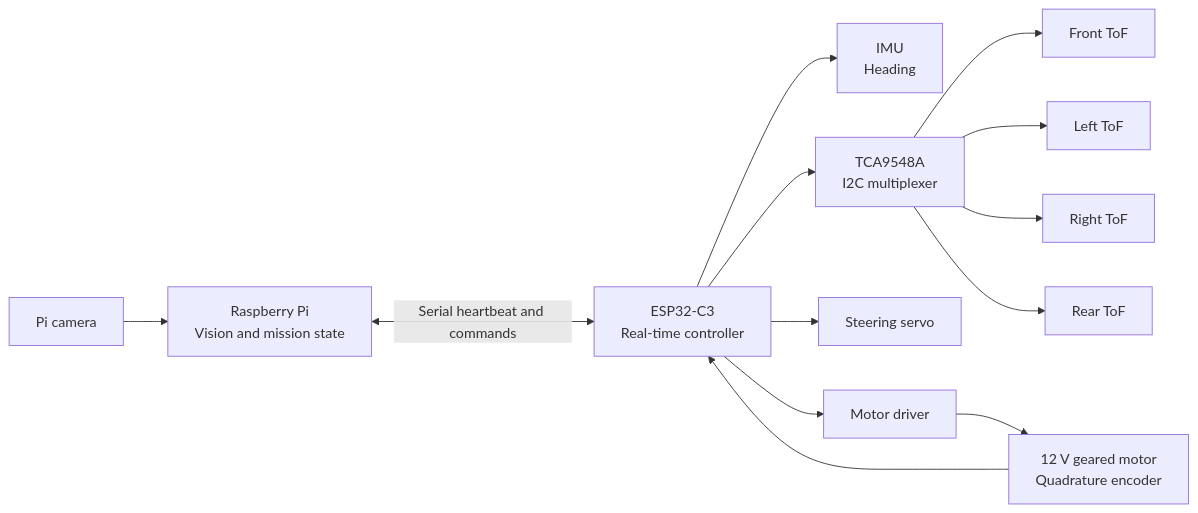
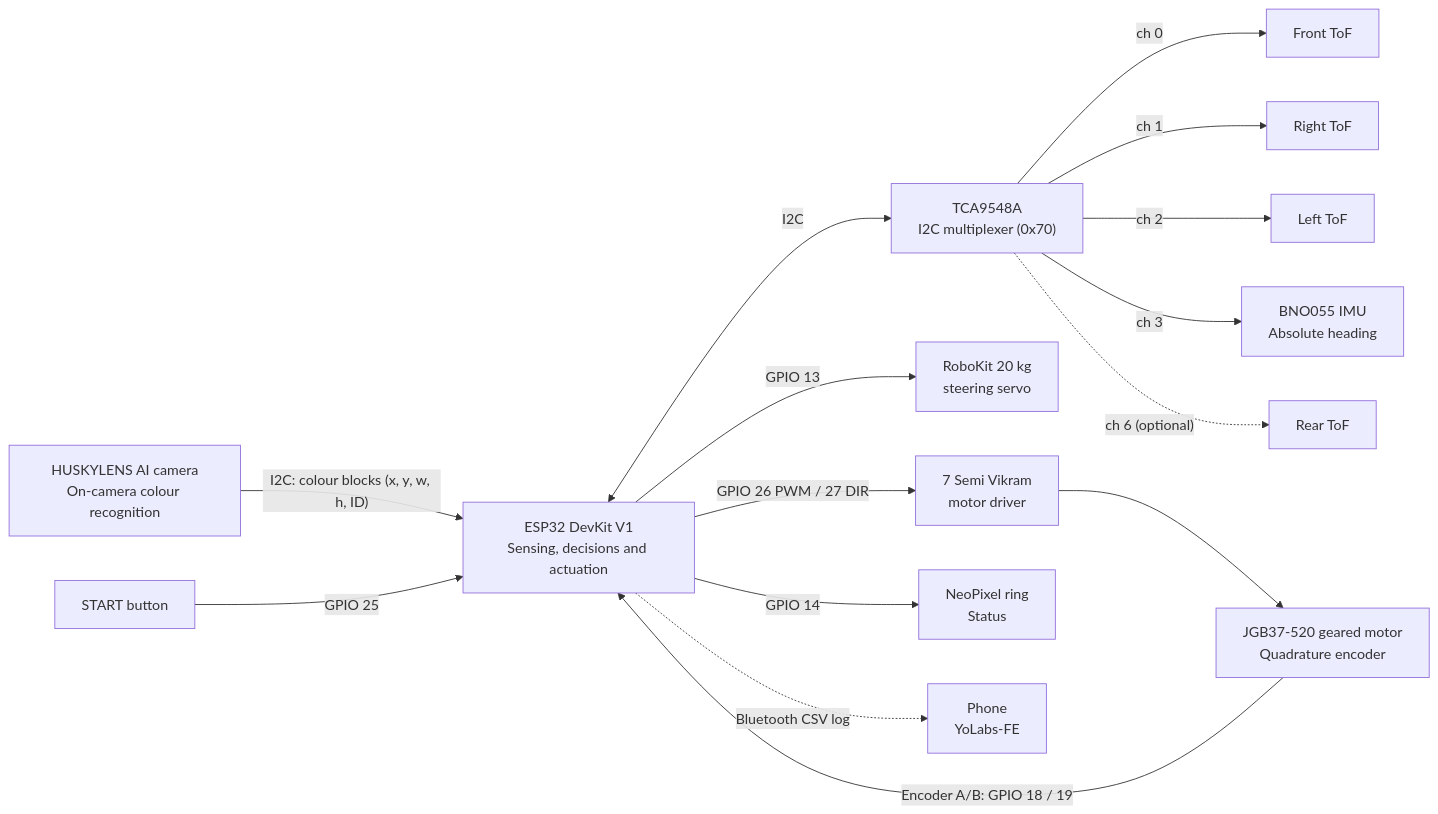
Before and after one commit to SH047/Yo_Cntrl_Alt_Defeat: the first of 4 diagrams in README.md, drawn with Mermaid. The commit also changed other lines of this file, not shown here.

````diff
--- a/README.md
+++ b/README.md
@@ -34,15 +47,17 @@
 ```mermaid
 flowchart LR
-    Camera[Pi camera] --> Pi[Raspberry Pi\nVision and mission state]
-    Pi <-->|Serial heartbeat and commands| ESP[ESP32-C3\nReal-time controller]
-    ESP --> IMU[IMU\nHeading]
-    ESP --> Mux[TCA9548A\nI2C multiplexer]
-    Mux --> ToF1[Front ToF]
-    Mux --> ToF2[Left ToF]
-    Mux --> ToF3[Right ToF]
-    Mux --> ToF4[Rear ToF]
-    ESP --> Servo[Steering servo]
-    ESP --> Driver[Motor driver]
-    Driver --> Motor[12 V geared motor\nQuadrature encoder]
-    Motor --> ESP
+    Husky["HUSKYLENS AI camera<br/>On-camera colour recognition"] -->|"I2C: colour blocks (x, y, w, h, ID)"| ESP["ESP32 DevKit V1<br/>Sensing, decisions and actuation"]
+    ESP <-->|I2C| Mux["TCA9548A<br/>I2C multiplexer (0x70)"]
+    Mux -->|ch 0| ToF1[Front ToF]
+    Mux -->|ch 1| ToF2[Right ToF]
+    Mux -->|ch 2| ToF3[Left ToF]
+    Mux -->|ch 3| IMU["BNO055 IMU<br/>Absolute heading"]
+    Mux -.->|"ch 6 (optional)"| ToF4[Rear ToF]
+    ESP -->|GPIO 13| Servo["RoboKit 20 kg<br/>steering servo"]
+    ESP -->|"GPIO 26 PWM / 27 DIR"| Driver["7 Semi Vikram<br/>motor driver"]
+    Driver --> Motor["JGB37-520 geared motor<br/>Quadrature encoder"]
+    Motor -->|"Encoder A/B: GPIO 18 / 19"| ESP
+    Start["START button"] -->|GPIO 25| ESP
+    ESP -->|GPIO 14| Ring["NeoPixel ring<br/>Status"]
+    ESP -.->|Bluetooth CSV log| Phone["Phone<br/>YoLabs-FE"]
 ```
````
